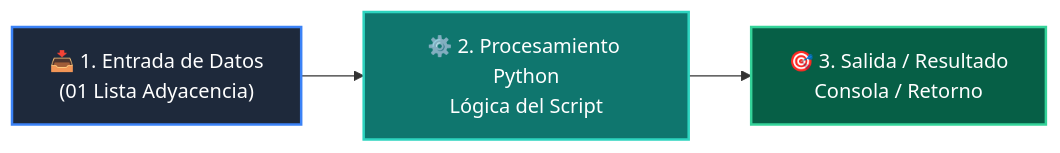
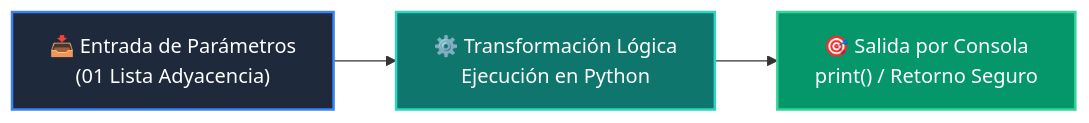
The diagram in 02-algoritmos-estructuras/clase-07-grafos-y-recorridos/ejemplos/ejemplo_01_lista_adyacencia/README.md (wisrovi/wisrovi-python), drawn with Mermaid before and after one commit. The commit also changed other lines of this file and 226 other files, not shown here.

Commit message:
docs: elevate all repository READMEs to world-class mastery standard with rich pedagogical architecture, custom Mermaids, and professional styling

````diff
--- a/02-algoritmos-estructuras/clase-07-grafos-y-recorridos/ejemplos/ejemplo_01_lista_adyacencia/README.md
+++ b/02-algoritmos-estructuras/clase-07-grafos-y-recorridos/ejemplos/ejemplo_01_lista_adyacencia/README.md
@@ -12,9 +19,9 @@
 ```mermaid
 flowchart LR
-    A["📥 1. Entrada de Datos<br/>(01 Lista Adyacencia)"] --> B["⚙️ 2. Procesamiento Python<br/>Lógica del Script"]
-    B --> C["🎯 3. Salida / Resultado<br/>Consola / Retorno"]
+    A["📥 Entrada de Parámetros<br/>(01 Lista Adyacencia)"] --> B["⚙️ Transformación Lógica<br/>Ejecución en Python"]
+    B --> C["🎯 Salida por Consola<br/>print() / Retorno Seguro"]
 
-    style A fill:#1e293b,color:#fff,stroke:#3b82f6,stroke-width:2px
-    style B fill:#0f766e,color:#fff,stroke:#2dd4bf,stroke-width:2px
-    style C fill:#065f46,color:#fff,stroke:#34d399,stroke-width:2px
+    style A fill:#1e293b,color:#ffffff,stroke:#3b82f6,stroke-width:2px
+    style B fill:#0f766e,color:#ffffff,stroke:#2dd4bf,stroke-width:2px
+    style C fill:#059669,color:#ffffff,stroke:#34d399,stroke-width:2px
 ```
````
